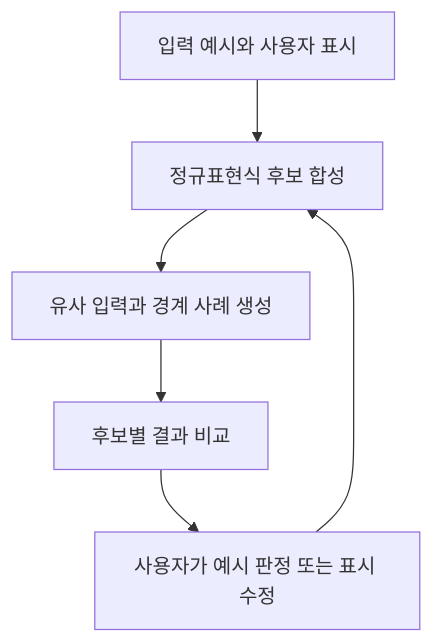
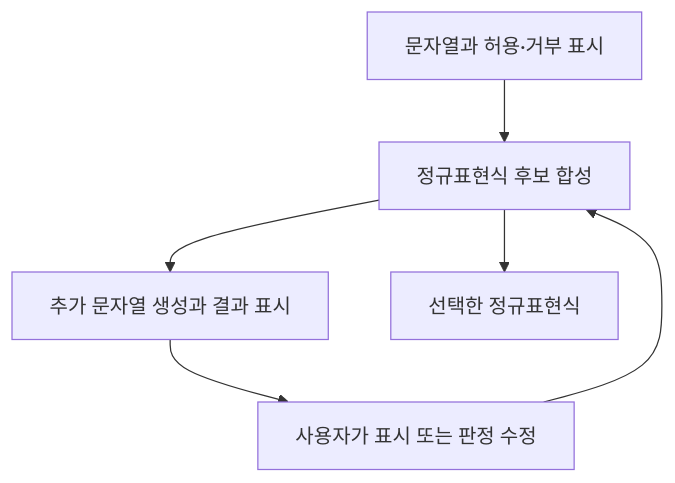
The diagram in docs/journal/2026-10-16-review-regae.md (shinysong/shacl-graphrag), drawn with Mermaid before and after one commit. The commit also changed other lines of this file and 5 other files, not shown here.

Commit message:
Expand five standalone reviews with methods, implementation and data flow

````diff
--- a/docs/journal/2026-10-16-review-regae.md
+++ b/docs/journal/2026-10-16-review-regae.md
@@ -9,8 +31,8 @@
 ```mermaid
 flowchart TD
-    A[입력 예시와 사용자 표시] --> B[정규표현식 후보 합성]
-    B --> C[유사 입력과 경계 사례 생성]
-    C --> D[후보별 결과 비교]
-    D --> E[사용자가 예시 판정 또는 표시 수정]
-    E --> B
+    A[문자열과 허용·거부 표시] --> B[정규표현식 후보 합성]
+    B --> C[추가 문자열 생성과 결과 표시]
+    C --> D[사용자가 표시 또는 판정 수정]
+    D --> B
+    B --> E[선택한 정규표현식]
 ```
````
